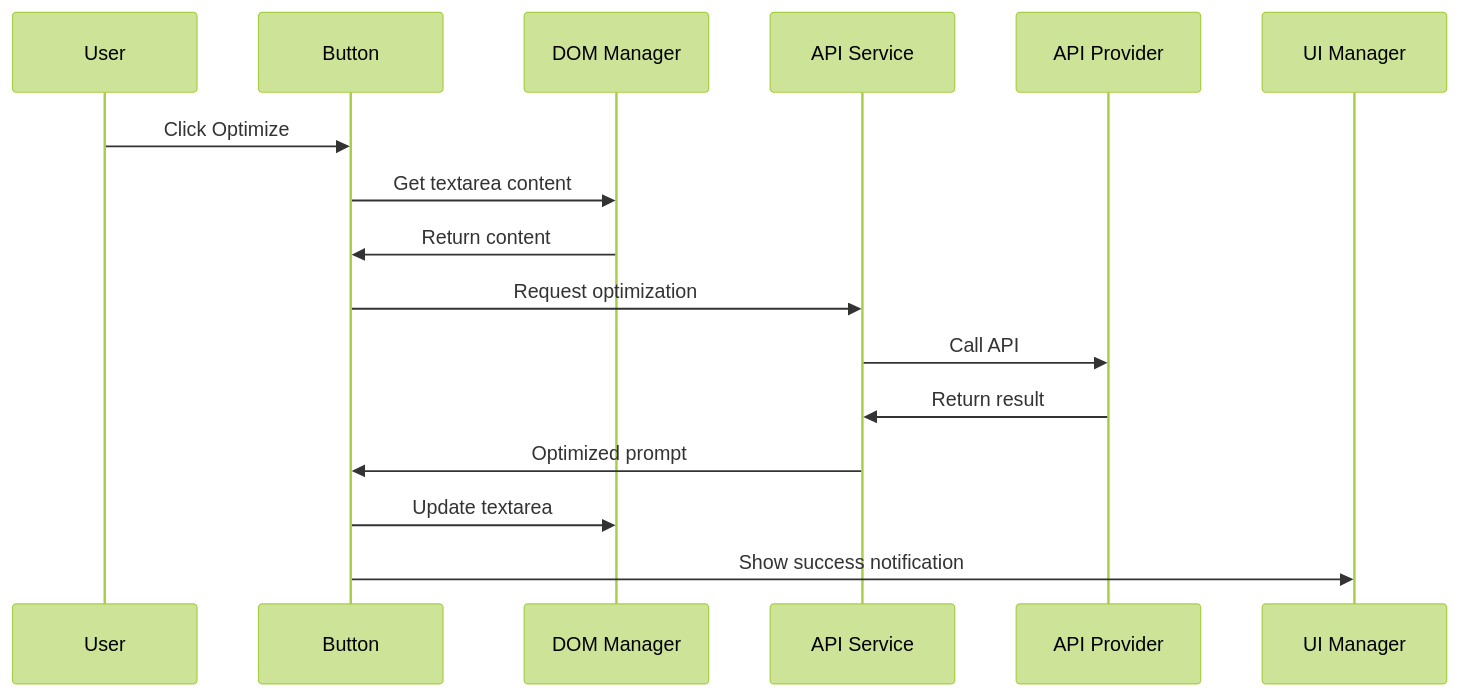
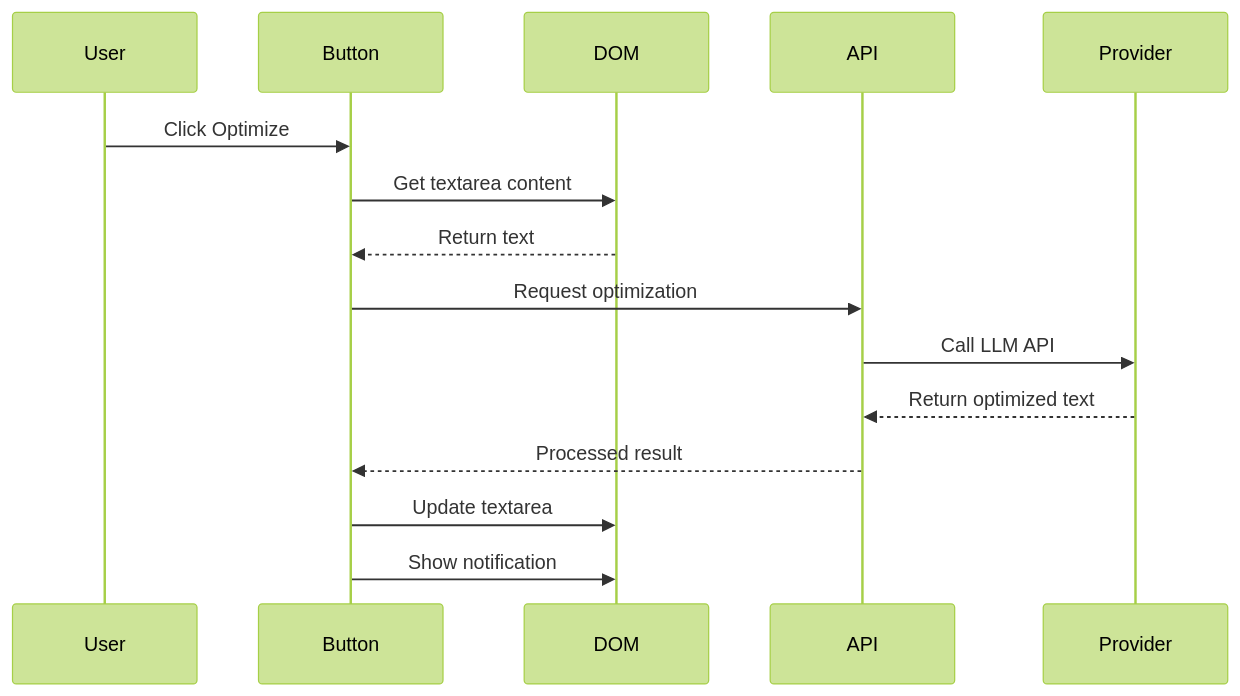
Before and after one commit to efrat-dev/ai-prompt-optimizer-extension: the second of 3 diagrams in ARCHITECTURE.md, drawn with Mermaid (forest theme). The commit also changed other lines of this file, not shown here.

````diff
--- a/ARCHITECTURE.md
+++ b/ARCHITECTURE.md
@@ -120,19 +157,18 @@
 ```mermaid
 sequenceDiagram
-    participant U as User
-    participant B as Button
-    participant DM as DOM Manager
-    participant AS as API Service
-    participant AP as API Provider
-    participant UI as UI Manager
+    participant User
+    participant Button
+    participant DOM
+    participant API
+    participant Provider
     
-    U->>B: Click Optimize
-    B->>DM: Get textarea content
-    DM->>B: Return content
-    B->>AS: Request optimization
-    AS->>AP: Call API
-    AP->>AS: Return result
-    AS->>B: Optimized prompt
-    B->>DM: Update textarea
-    B->>UI: Show success notification
+    User->>Button: Click Optimize
+    Button->>DOM: Get textarea content
+    DOM-->>Button: Return text
+    Button->>API: Request optimization
+    API->>Provider: Call LLM API
+    Provider-->>API: Return optimized text
+    API-->>Button: Processed result
+    Button->>DOM: Update textarea
+    Button->>DOM: Show notification
 ```
````
